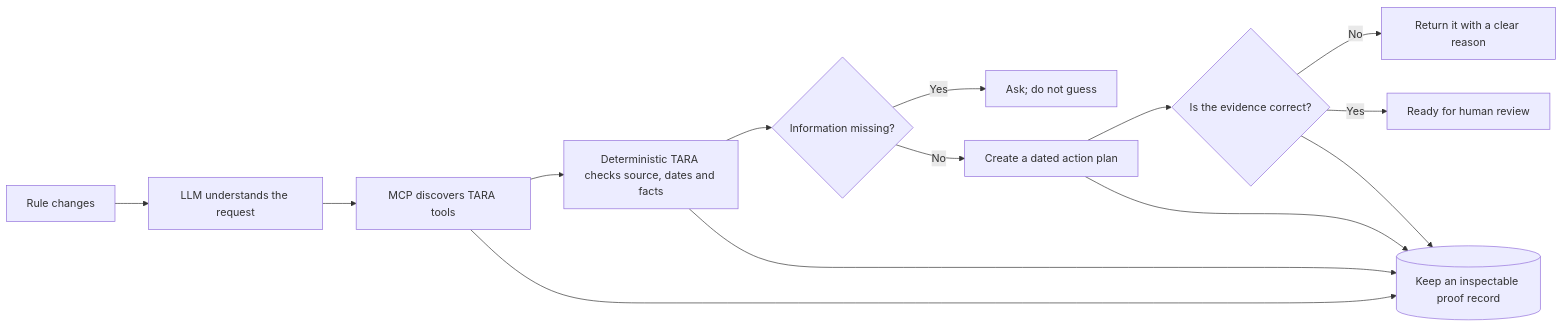
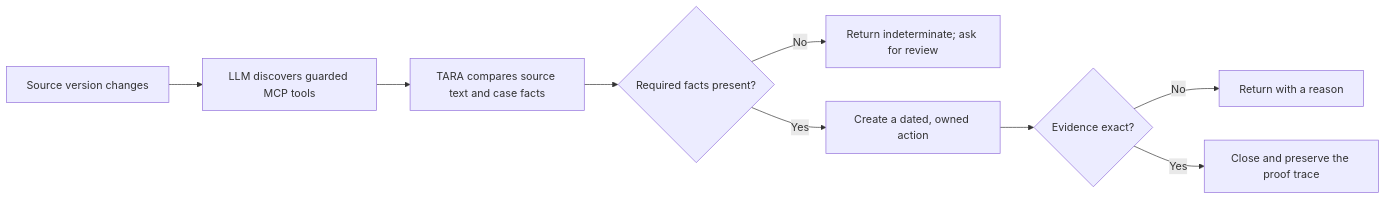
The diagram in README.md (hbapuram/TARA-Regulatory-Change-Agent), drawn with Mermaid before and after one commit. The commit also changed other lines of this file and 34 other files, not shown here.

````diff
--- a/README.md
+++ b/README.md
@@ -6,13 +7,11 @@
 ```mermaid
 flowchart LR
-    A[Rule changes] --> B[LLM understands the request]
-    B --> C[MCP discovers TARA tools]
-    C --> D[Deterministic TARA checks source, dates and facts]
-    D --> E{Information missing?}
-    E -->|Yes| F[Ask; do not guess]
-    E -->|No| G[Create a dated action plan]
-    G --> H{Is the evidence correct?}
-    H -->|No| I[Return it with a clear reason]
-    H -->|Yes| J[Ready for human review]
-    C & D & G & H --> K[(Keep an inspectable proof record)]
+    A[Source version changes] --> B[LLM discovers guarded MCP tools]
+    B --> C[TARA compares source text and case facts]
+    C --> D{Required facts present?}
+    D -- No --> E[Return indeterminate; ask for review]
+    D -- Yes --> F[Create a dated, owned action]
+    F --> G{Evidence exact?}
+    G -- No --> H[Return with a reason]
+    G -- Yes --> I[Close and preserve the proof trace]
 ```
````
